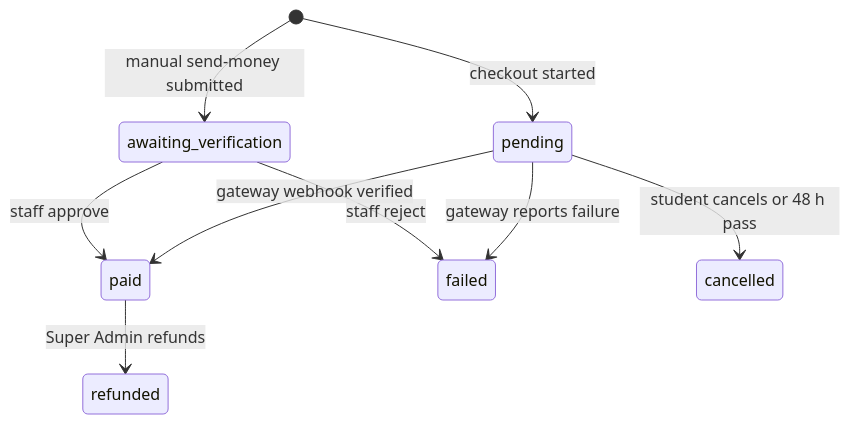
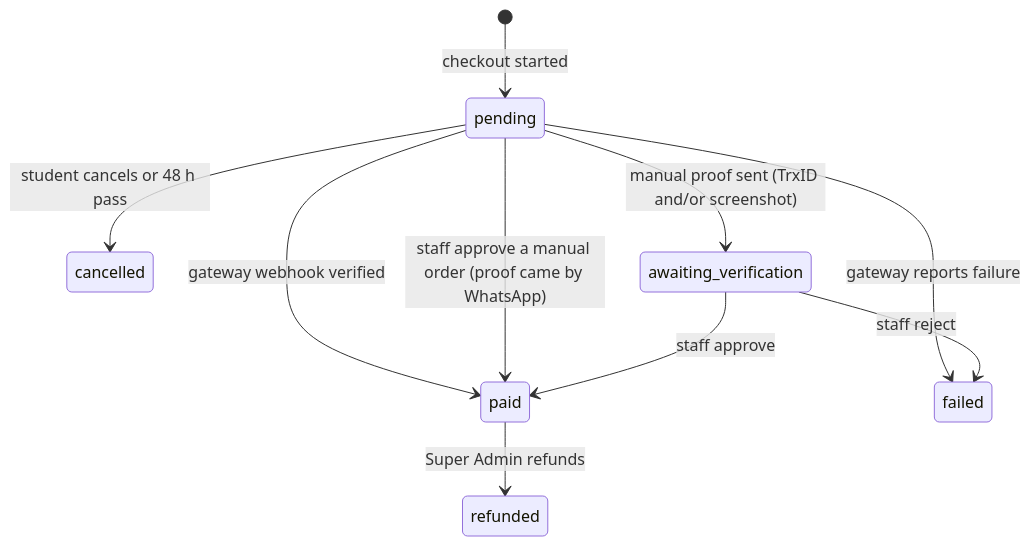
The sixth of 6 diagrams in docs/spec.md (bayzed123/academy.mawahbd.com), drawn with Mermaid before and after one commit. The commit also changed other lines of this file and 37 other files, not shown here.

First line of the commit message:
Manual payments v2: pay window, own number first, TrxID and/or screenshot, WhatsApp message

````diff
--- a/docs/spec.md
+++ b/docs/spec.md
@@ -441,11 +470,12 @@
 ```mermaid
 stateDiagram-v2
   [*] --> pending: checkout started
   pending --> paid: gateway webhook verified
   pending --> failed: gateway reports failure
   pending --> cancelled: student cancels or 48 h pass
-  [*] --> awaiting_verification: manual send-money submitted
+  pending --> awaiting_verification: manual proof sent (TrxID and/or screenshot)
+  pending --> paid: staff approve a manual order (proof came by WhatsApp)
   awaiting_verification --> paid: staff approve
   awaiting_verification --> failed: staff reject
   paid --> refunded: Super Admin refunds
 ```
````
